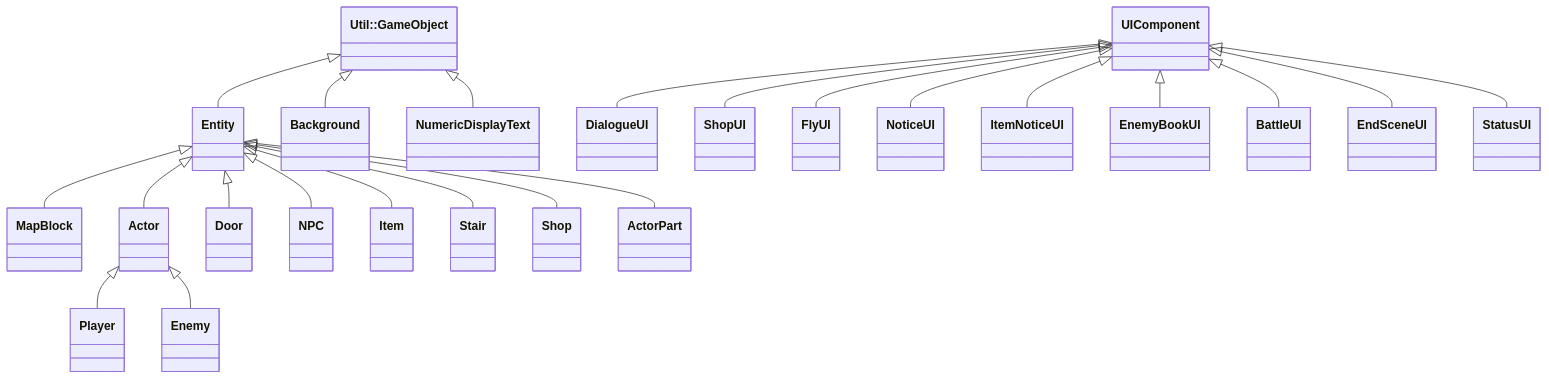
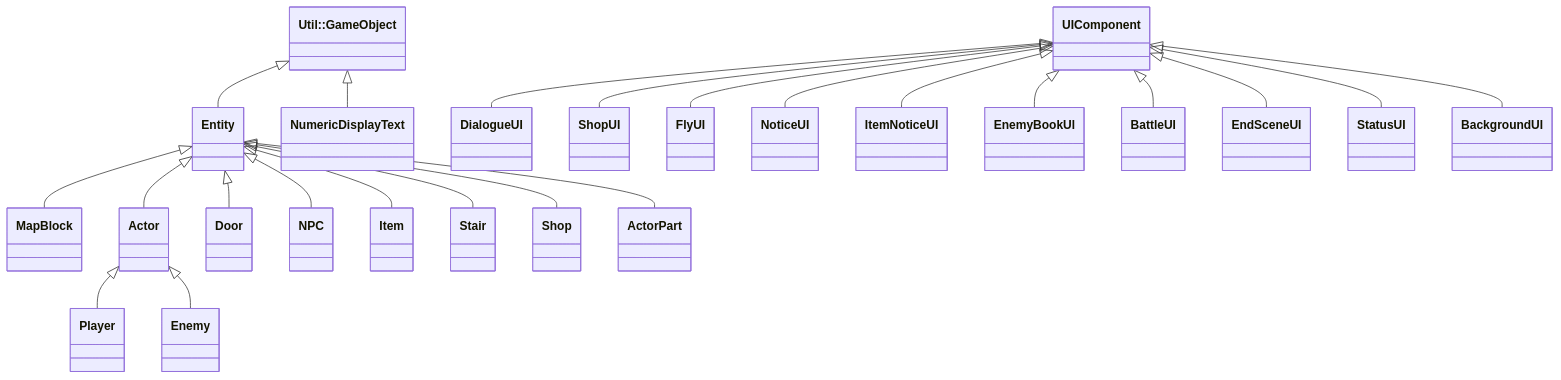
One commit to XWJWPIY/schoolwork_recreate_magic_tower changed the first of 5 diagrams in Constructure.md. Above: the diagram before and after it, drawn with Mermaid. The commit also changed other lines of this file and 8 other files, not shown here.

Commit message:
Refactor: Rename Background to BackgroundUI and inherit UIComponent

````diff
--- a/Constructure.md
+++ b/Constructure.md
@@ -7,33 +7,33 @@
 ```mermaid
 classDiagram
     direction TB
     class GameObject["Util::GameObject"]
     class Entity
     class UIComponent
 
     GameObject <|-- Entity
-    GameObject <|-- Background
     GameObject <|-- NumericDisplayText
     
     Entity <|-- MapBlock
     Entity <|-- Actor
     Entity <|-- Door
     Entity <|-- NPC
     Entity <|-- Item
     Entity <|-- Stair
     Entity <|-- Shop
     Entity <|-- ActorPart
 
     Actor <|-- Player
     Actor <|-- Enemy
 
     UIComponent <|-- DialogueUI
     UIComponent <|-- ShopUI
     UIComponent <|-- FlyUI
     UIComponent <|-- NoticeUI
     UIComponent <|-- ItemNoticeUI
     UIComponent <|-- EnemyBookUI
     UIComponent <|-- BattleUI
     UIComponent <|-- EndSceneUI
     UIComponent <|-- StatusUI
+    UIComponent <|-- BackgroundUI
 ```
````
